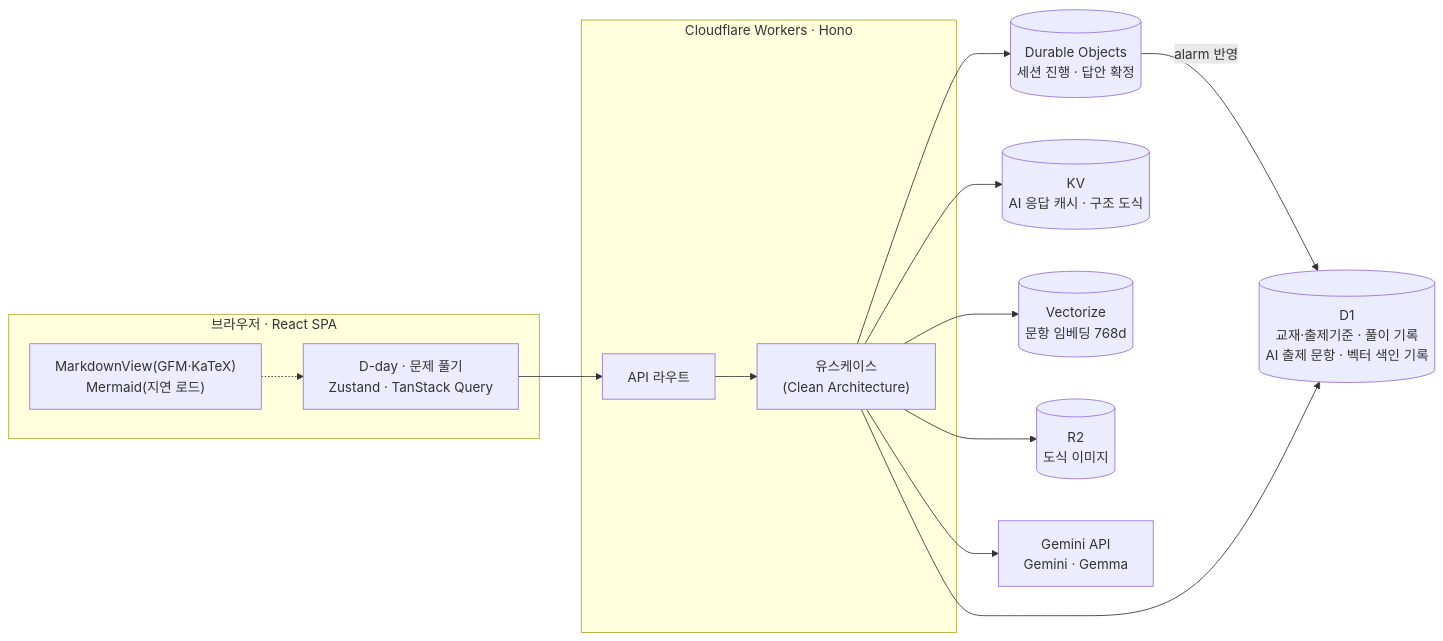
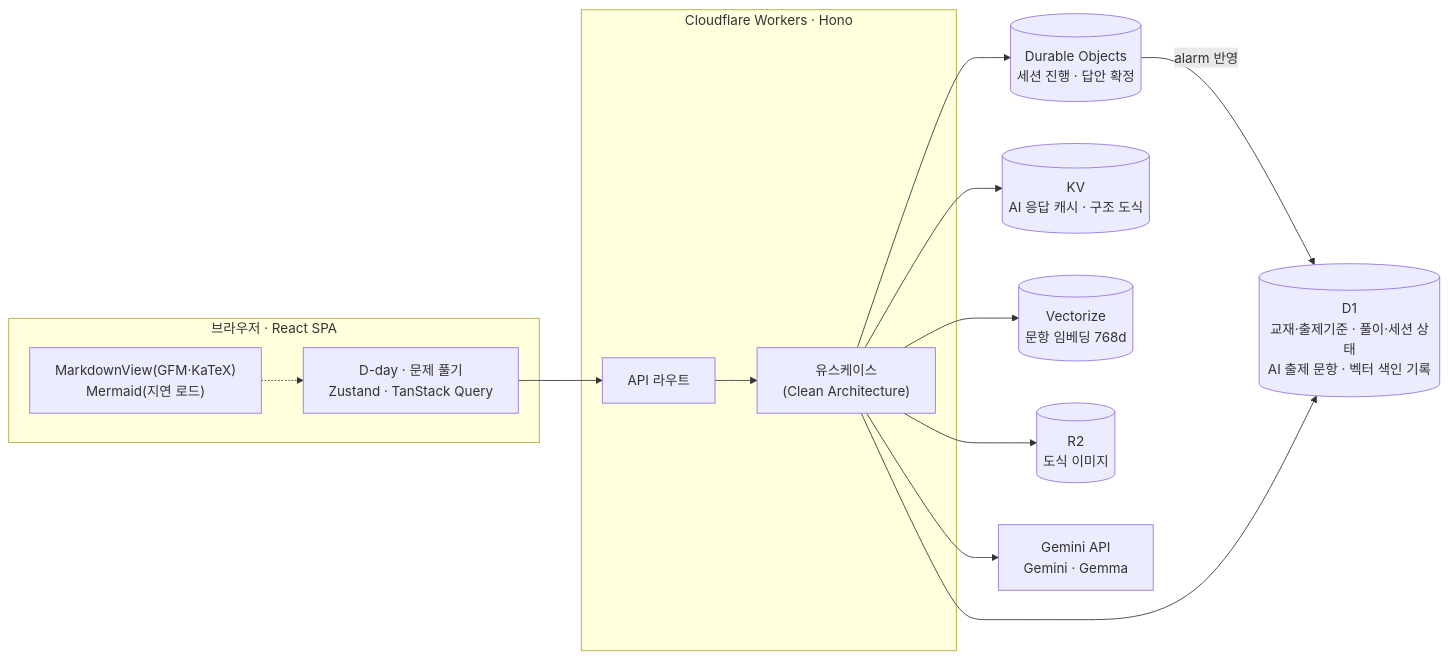
One commit to qus0in/kagemori changed the diagram in README.md. Above: the diagram before and after it, drawn with Mermaid. The commit also changed other lines of this file and 16 other files, not shown here.

````diff
--- a/README.md
+++ b/README.md
@@ -11,26 +11,26 @@
 ```mermaid
 flowchart LR
   subgraph Client["브라우저 · React SPA"]
     UI["D-day · 문제 풀기<br/>Zustand · TanStack Query"]
     Render["MarkdownView(GFM·KaTeX)<br/>Mermaid(지연 로드)"]
   end
 
   subgraph Edge["Cloudflare Workers · Hono"]
     API["API 라우트"]
     App["유스케이스<br/>(Clean Architecture)"]
   end
 
   DO[("Durable Objects<br/>세션 진행 · 답안 확정")]
-  D1[("D1<br/>교재·출제기준 · 풀이 기록<br/>AI 출제 문항 · 벡터 색인 기록")]
+  D1[("D1<br/>교재·출제기준 · 풀이·세션 상태<br/>AI 출제 문항 · 벡터 색인 기록")]
   KV[("KV<br/>AI 응답 캐시 · 구조 도식")]
   VEC[("Vectorize<br/>문항 임베딩 768d")]
   R2[("R2<br/>도식 이미지")]
   AI["Gemini API<br/>Gemini · Gemma"]
 
   UI --> API --> App
   App --> DO
   DO -- "alarm 반영" --> D1
   App --> D1 & KV & VEC & R2
   App --> AI
   Render -.-> UI
 ```
````
